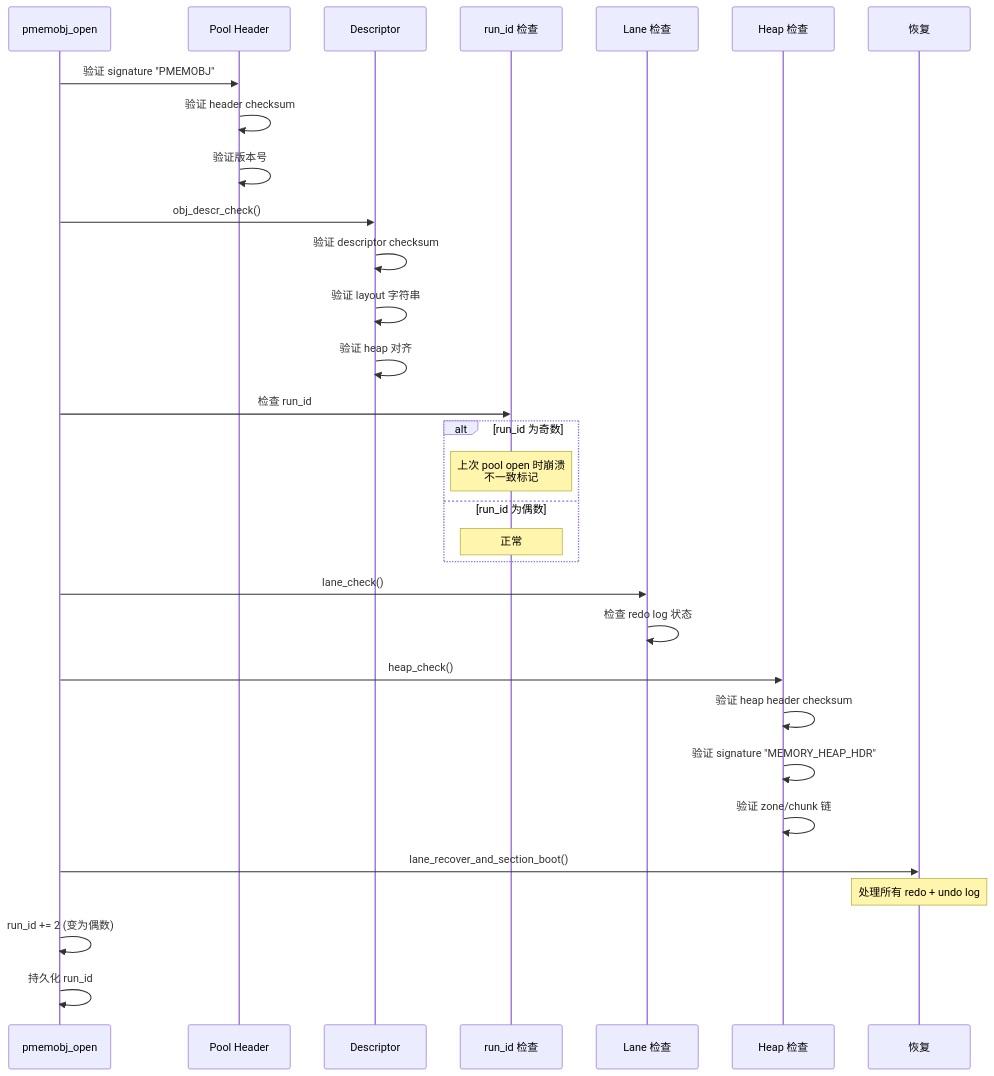
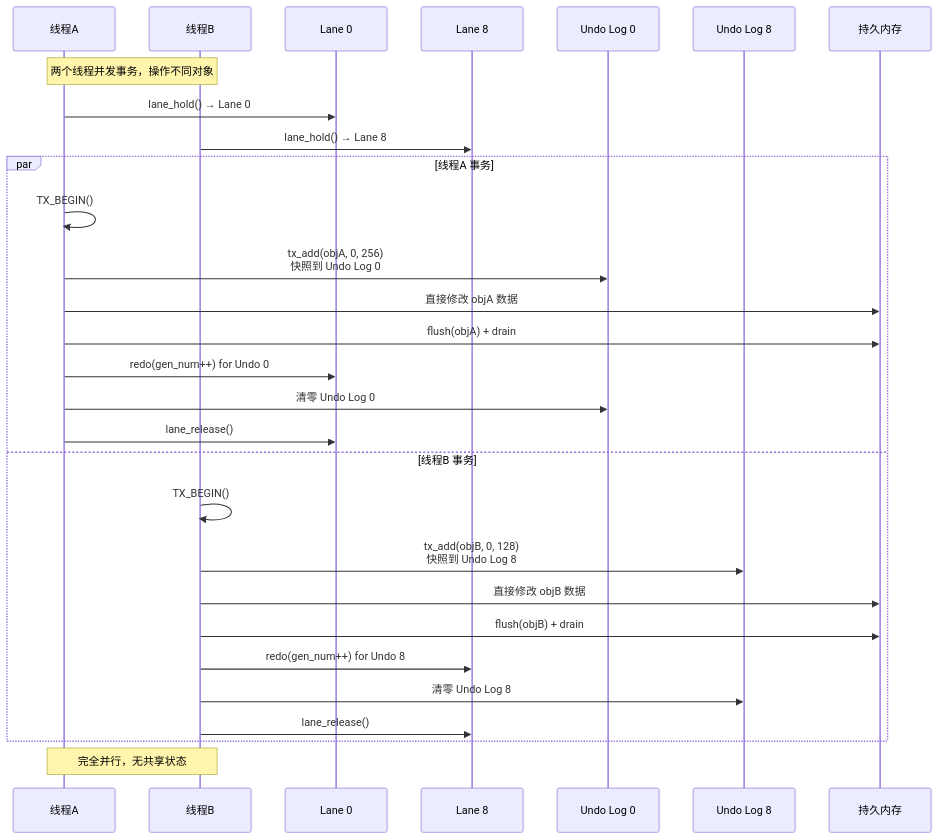
Diagram 14 of 14 in Storage/daos/pmdk的一致性分析.md (carlvinhust2012/MyStudy), drawn with Mermaid before and after one commit. The commit also changed other lines of this file, not shown here.

````diff
--- a/Storage/daos/pmdk的一致性分析.md
+++ b/Storage/daos/pmdk的一致性分析.md
@@ -895,40 +725,35 @@
 ```mermaid
 sequenceDiagram
-    participant OPEN as pmemobj_open
-    participant HDR as Pool Header
-    participant DSC as Descriptor
-    participant RUN as run_id 检查
-    participant LANE_CHK as Lane 检查
-    participant HEAP_CHK as Heap 检查
-    participant RECOVER as 恢复
+    participant TA as 线程A
+    participant TB as 线程B
+    participant LA as Lane 0
+    participant LB as Lane 8
+    participant UA as Undo Log 0
+    participant UB as Undo Log 8
+    participant PMEM as 持久内存
 
-    OPEN->>HDR: 验证 signature "PMEMOBJ"
-    HDR->>HDR: 验证 header checksum
-    HDR->>HDR: 验证版本号
+    Note over TA,TB: 两个线程并发事务，操作不同对象
 
-    OPEN->>DSC: obj_descr_check()
-    DSC->>DSC: 验证 descriptor checksum
-    DSC->>DSC: 验证 layout 字符串
-    DSC->>DSC: 验证 heap 对齐
+    TA->>LA: lane_hold() → Lane 0
+    TB->>LB: lane_hold() → Lane 8
 
-    OPEN->>RUN: 检查 run_id
-    alt run_id 为奇数
-        Note over RUN: 上次 pool open 时崩溃<br/>不一致标记
-    else run_id 为偶数
-        Note over RUN: 正常
+    par 线程A 事务
+        TA->>TA: TX_BEGIN()
+        TA->>UA: tx_add(objA, 0, 256)<br/>快照到 Undo Log 0
+        TA->>PMEM: 直接修改 objA 数据
+        TA->>PMEM: flush(objA) + drain
+        TA->>LA: redo(gen_num++) for Undo 0
+        TA->>UA: 清零 Undo Log 0
+        TA->>LA: lane_release()
+    and 线程B 事务
+        TB->>TB: TX_BEGIN()
+        TB->>UB: tx_add(objB, 0, 128)<br/>快照到 Undo Log 8
+        TB->>PMEM: 直接修改 objB 数据
+        TB->>PMEM: flush(objB) + drain
+        TB->>LB: redo(gen_num++) for Undo 8
+        TB->>UB: 清零 Undo Log 8
+        TB->>LB: lane_release()
     end
 
-    OPEN->>LANE_CHK: lane_check()
-    LANE_CHK->>LANE_CHK: 检查 redo log 状态
-
-    OPEN->>HEAP_CHK: heap_check()
-    HEAP_CHK->>HEAP_CHK: 验证 heap header checksum
-    HEAP_CHK->>HEAP_CHK: 验证 signature "MEMORY_HEAP_HDR"
-    HEAP_CHK->>HEAP_CHK: 验证 zone/chunk 链
-
-    OPEN->>RECOVER: lane_recover_and_section_boot()
-    Note over RECOVER: 处理所有 redo + undo log
-
-    OPEN->>OPEN: run_id += 2 (变为偶数)
-    OPEN->>OPEN: 持久化 run_id
+    Note over TA,TB: 完全并行，无共享状态
 ```
````
